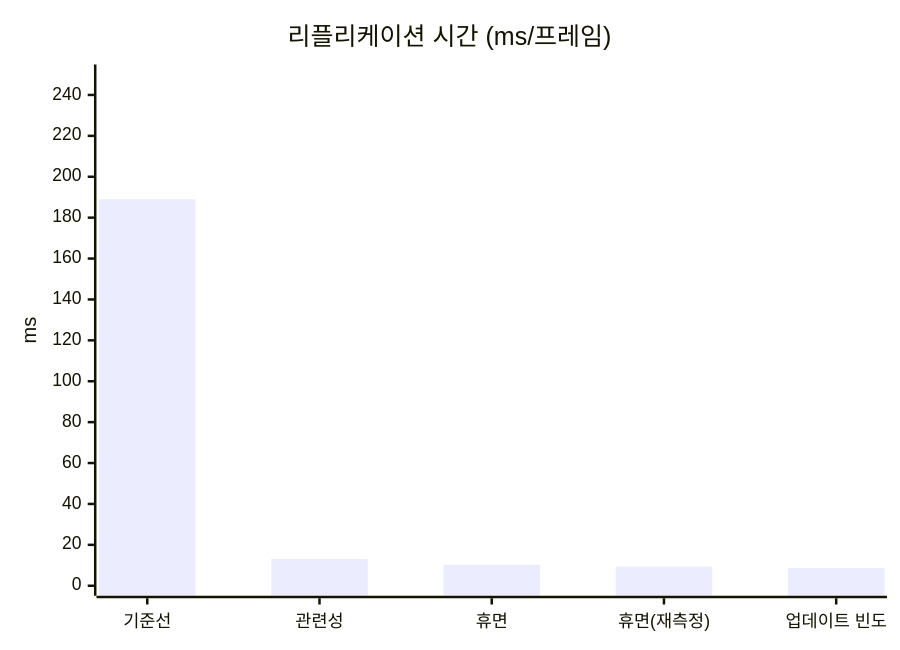
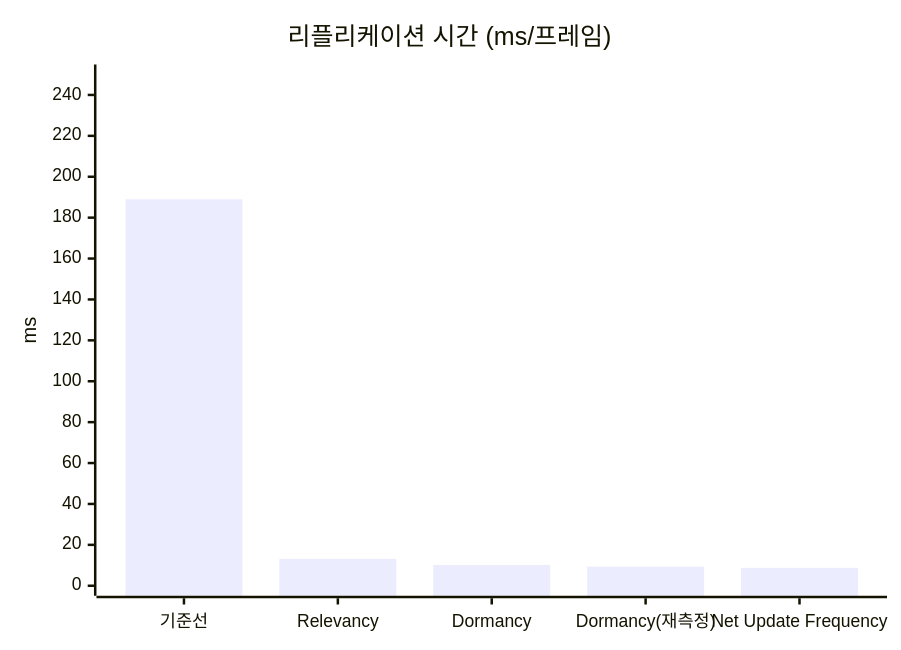
Before and after one commit to hon454/ue-dedicated-server-optimization-lab: the fourth of 5 diagrams in README.md, drawn with Mermaid. The commit also changed other lines of this file and 5 other files, not shown here.

````diff
--- a/README.md
+++ b/README.md
@@ -118,7 +118,7 @@
 ```mermaid
 xychart-beta
     title "리플리케이션 시간 (ms/프레임)"
-    x-axis ["기준선", "관련성", "휴면", "휴면(재측정)", "업데이트 빈도"]
+    x-axis ["기준선", "Relevancy", "Dormancy", "Dormancy(재측정)", "Net Update Frequency"]
     y-axis "ms" 0 --> 250
     bar [188.97, 13.14, 10.17, 9.35, 8.73]
 ```
````
